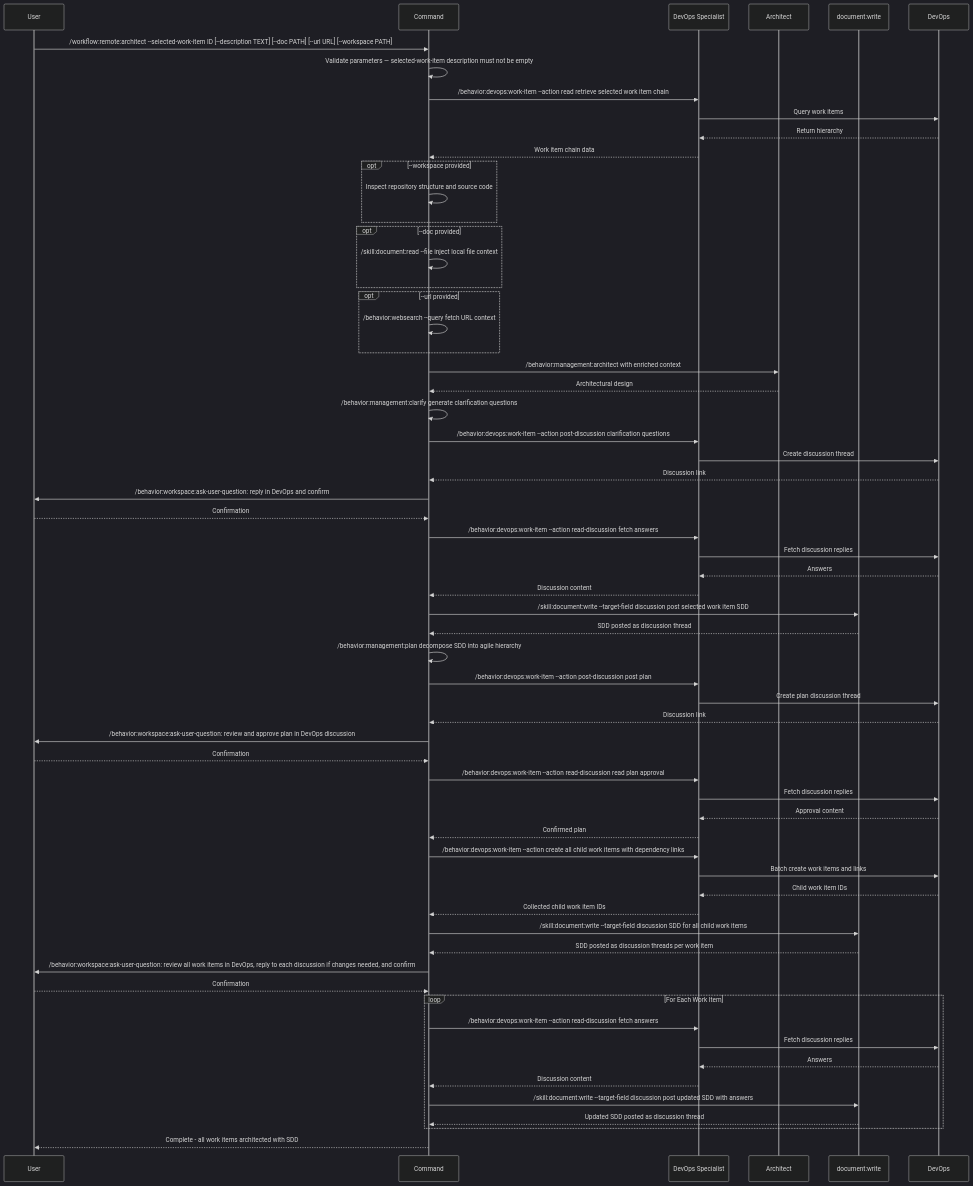
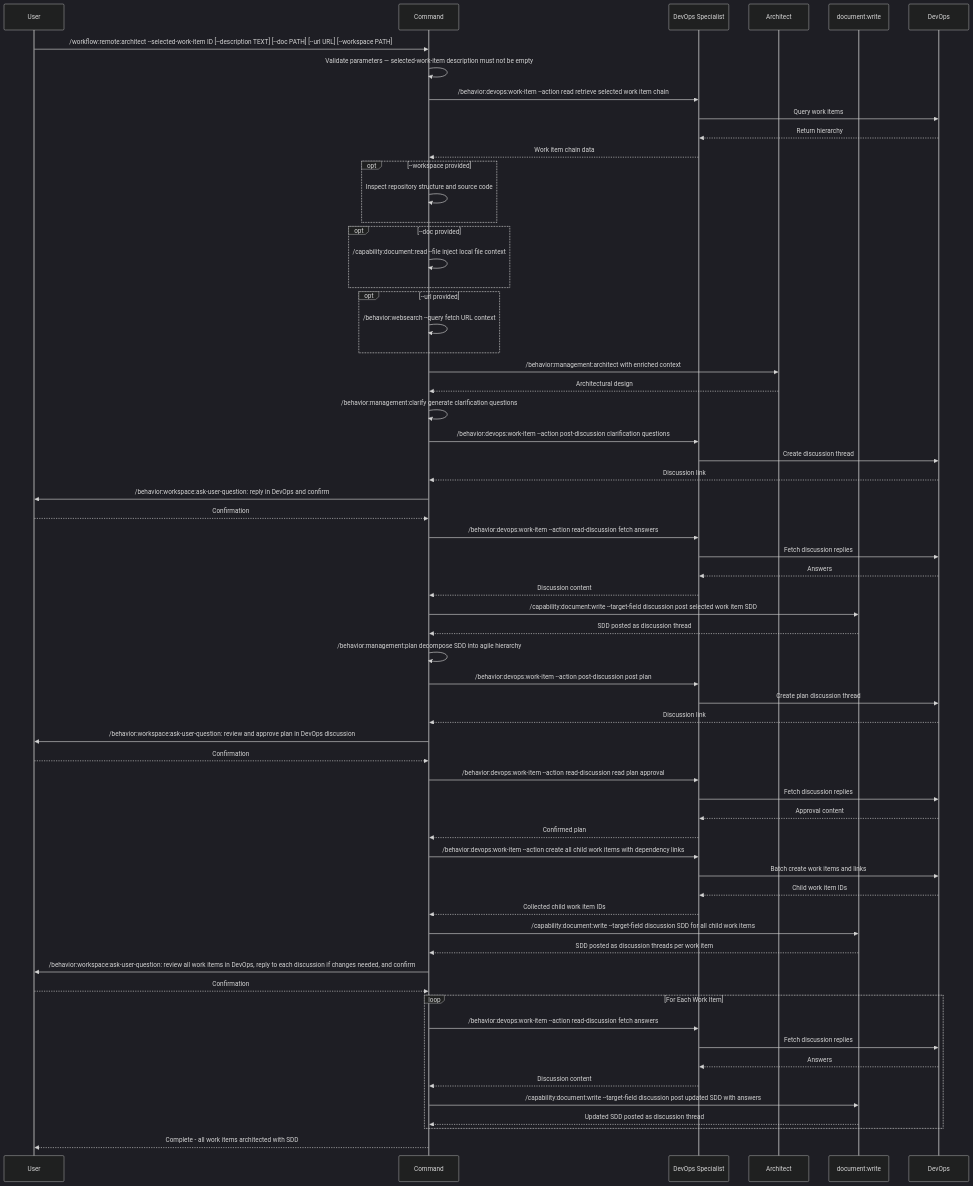
The diagram in .claude/commands/workflow/remote/architect.md (zzaia/zzaia-agentic-workspace), drawn with Mermaid (dark theme) before and after one commit. The commit also changed other lines of this file and 106 other files, not shown here.

Commit message:
Change the skill layer to capability to avoid confusion between the skill pattern;

````diff
--- a/.claude/commands/workflow/remote/architect.md
+++ b/.claude/commands/workflow/remote/architect.md
@@ -75,66 +75,66 @@
 ```mermaid
 sequenceDiagram
     participant U as User
     participant C as Command
     participant WM as DevOps Specialist
     participant AR as Architect
     participant DW as document:write
     participant D as DevOps
 
     U->>C: /workflow:remote:architect --selected-work-item ID [--description TEXT] [--doc PATH] [--url URL] [--workspace PATH]
     C->>C: Validate parameters — selected-work-item description must not be empty
     C->>WM: /behavior:devops:work-item --action read retrieve selected work item chain
     WM->>D: Query work items
     D-->>WM: Return hierarchy
     WM-->>C: Work item chain data
     opt --workspace provided
         C->>C: Inspect repository structure and source code
     end
     opt --doc provided
-        C->>C: /skill:document:read --file inject local file context
+        C->>C: /capability:document:read --file inject local file context
     end
     opt --url provided
         C->>C: /behavior:websearch --query fetch URL context
     end
     C->>AR: /behavior:management:architect with enriched context
     AR-->>C: Architectural design
     C->>C: /behavior:management:clarify generate clarification questions
     C->>WM: /behavior:devops:work-item --action post-discussion clarification questions
     WM->>D: Create discussion thread
     D-->>C: Discussion link
     C->>U: /behavior:workspace:ask-user-question: reply in DevOps and confirm
     U-->>C: Confirmation
     C->>WM: /behavior:devops:work-item --action read-discussion fetch answers
     WM->>D: Fetch discussion replies
     D-->>WM: Answers
     WM-->>C: Discussion content
-    C->>DW: /skill:document:write --target-field discussion post selected work item SDD
+    C->>DW: /capability:document:write --target-field discussion post selected work item SDD
     DW-->>C: SDD posted as discussion thread
     C->>C: /behavior:management:plan decompose SDD into agile hierarchy
     C->>WM: /behavior:devops:work-item --action post-discussion post plan
     WM->>D: Create plan discussion thread
     D-->>C: Discussion link
     C->>U: /behavior:workspace:ask-user-question: review and approve plan in DevOps discussion
     U-->>C: Confirmation
     C->>WM: /behavior:devops:work-item --action read-discussion read plan approval
     WM->>D: Fetch discussion replies
     D-->>WM: Approval content
     WM-->>C: Confirmed plan
     C->>WM: /behavior:devops:work-item --action create all child work items with dependency links
     WM->>D: Batch create work items and links
     D-->>WM: Child work item IDs
     WM-->>C: Collected child work item IDs
-    C->>DW: /skill:document:write --target-field discussion SDD for all child work items
+    C->>DW: /capability:document:write --target-field discussion SDD for all child work items
     DW-->>C: SDD posted as discussion threads per work item
     C->>U: /behavior:workspace:ask-user-question: review all work items in DevOps, reply to each discussion if changes needed, and confirm
     U-->>C: Confirmation
     loop For Each Work Item
         C->>WM: /behavior:devops:work-item --action read-discussion fetch answers
         WM->>D: Fetch discussion replies
         D-->>WM: Answers
         WM-->>C: Discussion content
-        C->>DW: /skill:document:write --target-field discussion post updated SDD with answers
+        C->>DW: /capability:document:write --target-field discussion post updated SDD with answers
         DW-->>C: Updated SDD posted as discussion thread
     end
     C-->>U: Complete - all work items architected with SDD
 ```
````
